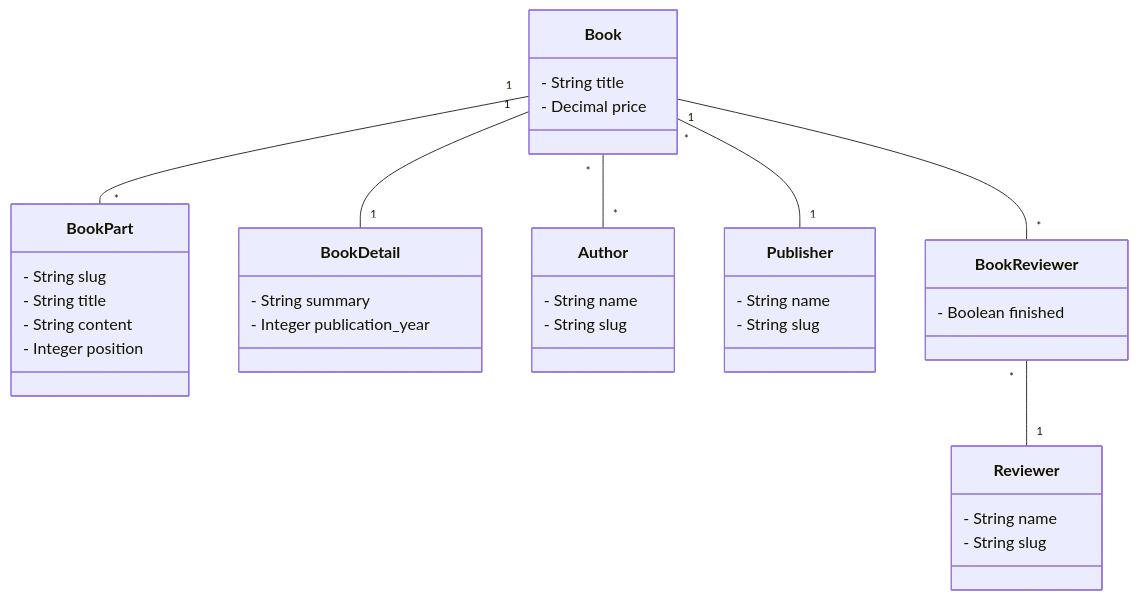
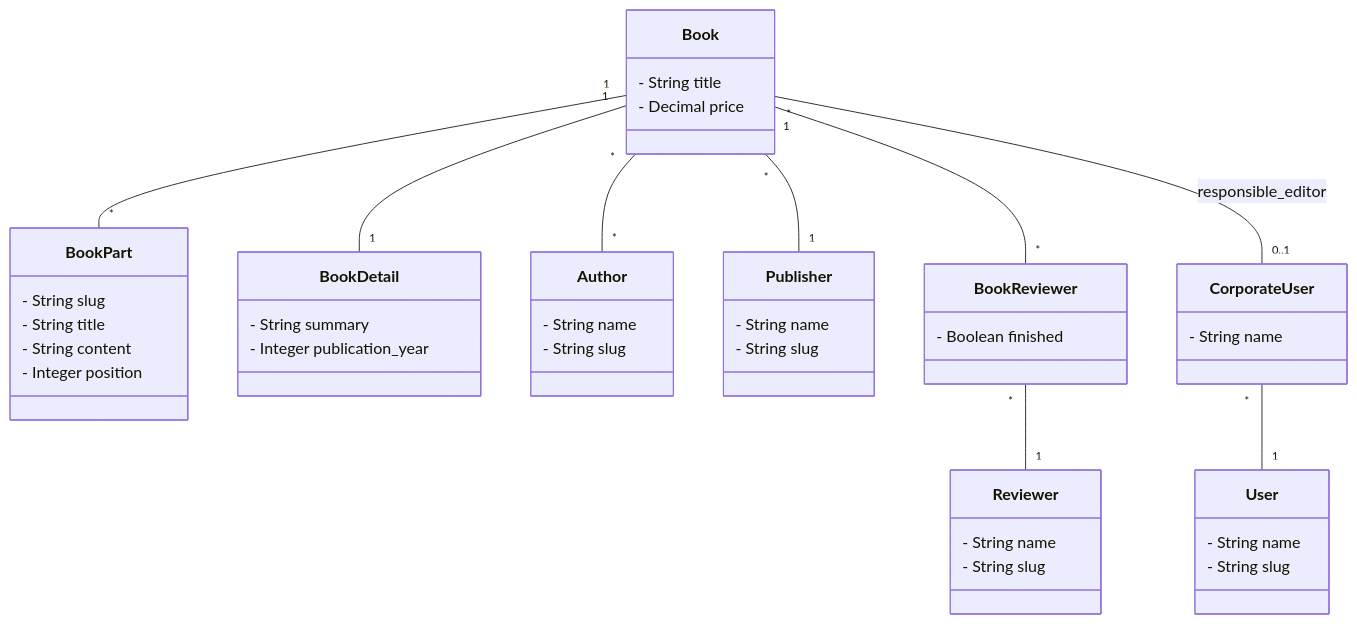
One commit to itadventurer/yaml_exporter changed the ninth of 9 diagrams in README.md. Above: the diagram before and after it, drawn with Mermaid. The commit also changed other lines of this file and 7 other files, not shown here.

````diff
--- a/README.md
+++ b/README.md
@@ -575,38 +655,47 @@
 ```mermaid
 classDiagram
   class Book {
     - String title
     - Decimal price
   }
   class BookPart {
     - String slug
     - String title
     - String content
     - Integer position
   }
   class BookDetail {
     - String summary
     - Integer publication_year
   }
   class Author {
     - String name
     - String slug
   }
   class Publisher {
     - String name
     - String slug
   }
   class BookReviewer {
     - Boolean finished
   }
   class Reviewer {
     - String name
     - String slug
   }
+  class CorporateUser {
+    - String name
+  }
+  class User {
+    - String name
+    - String slug
+  }
   Book "1" -- "*" BookPart
   Book "1" -- "1" BookDetail
   Book "*" -- "*" Author
   Book "*" -- "1" Publisher
   Book "1" -- "*" BookReviewer
   BookReviewer "*" -- "1" Reviewer
+  Book "*" -- "0..1" CorporateUser : responsible_editor
+  CorporateUser "*" -- "1" User
 ```
````
